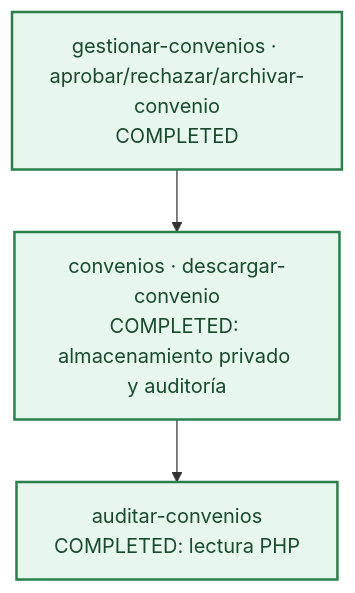
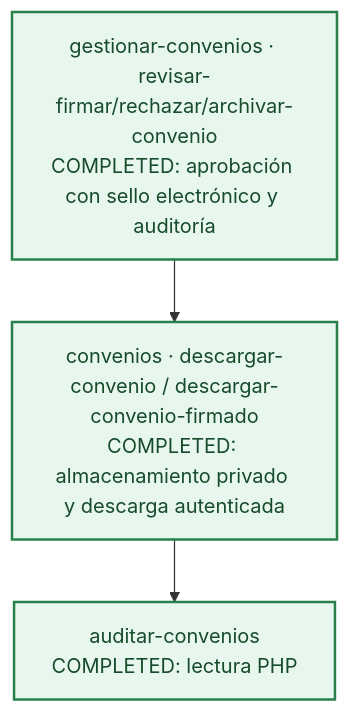
Before and after one commit to chocokrispii/sistema_fct: the fifth of 7 diagrams in docs_md/roadmap.md, drawn with Mermaid. The commit also changed other lines of this file and 22 other files, not shown here.

````diff
--- a/docs_md/roadmap.md
+++ b/docs_md/roadmap.md
@@ -94,10 +94,10 @@
 ```mermaid
 flowchart TB
-    review["gestionar-convenios · aprobar/rechazar/archivar-convenio<br/>COMPLETED"]:::completed
-    file["convenios · descargar-convenio<br/>COMPLETED: almacenamiento privado y auditoría"]:::completed
+    review["gestionar-convenios · revisar-firmar/rechazar/archivar-convenio<br/>COMPLETED: aprobación con sello electrónico y auditoría"]:::completed
+    file["convenios · descargar-convenio / descargar-convenio-firmado<br/>COMPLETED: almacenamiento privado y descarga autenticada"]:::completed
     audit["auditar-convenios<br/>COMPLETED: lectura PHP"]:::completed
     review --> file --> audit
     classDef completed fill:#e8f7ee,stroke:#29804b,color:#174b2b,stroke-width:2px
     classDef inprogress fill:#fff9df,stroke:#9b7b00,color:#493b00,stroke-width:2px
     classDef pending fill:#f1f3f5,stroke:#868e96,color:#343a40,stroke-width:2px
 ```
````
